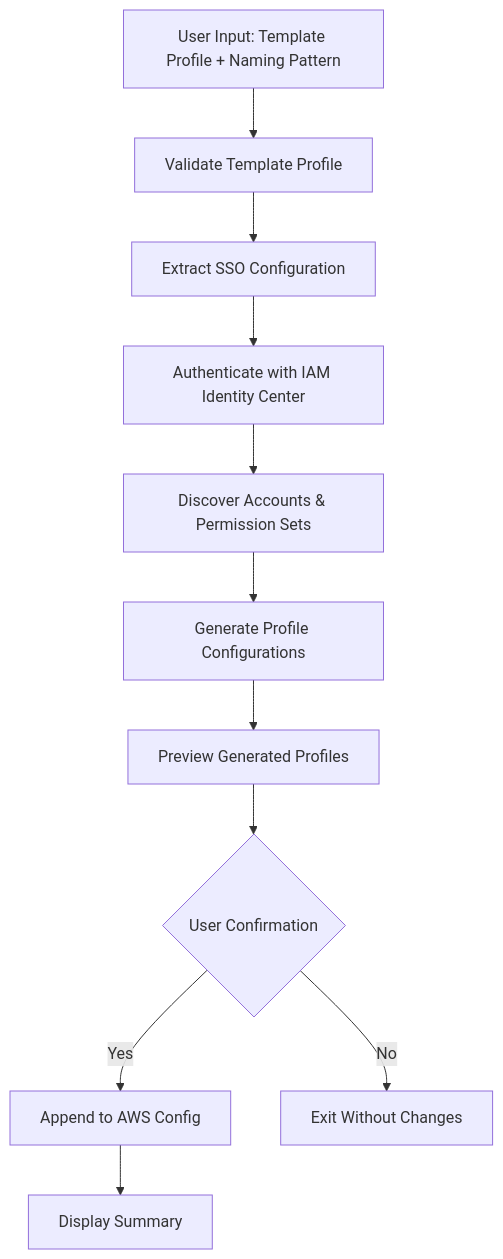
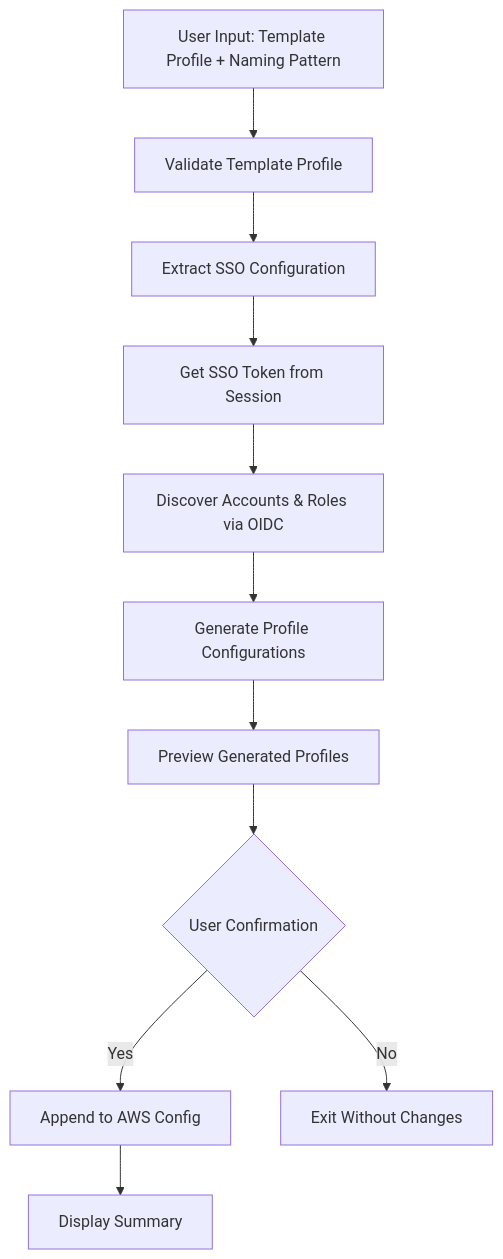
Before and after one commit to ArjenSchwarz/awstools: the diagram in plans/profile-generator/design.md, drawn with Mermaid. The commit also changed other lines of this file and 12 other files, not shown here.

````diff
--- a/plans/profile-generator/design.md
+++ b/plans/profile-generator/design.md
@@ -13,13 +13,13 @@
 ```mermaid
 graph TD
     A[User Input: Template Profile + Naming Pattern] --> B[Validate Template Profile]
     B --> C[Extract SSO Configuration]
-    C --> D[Authenticate with IAM Identity Center]
-    D --> E[Discover Accounts & Permission Sets]
+    C --> D[Get SSO Token from Session]
+    D --> E[Discover Accounts & Roles via OIDC]
     E --> F[Generate Profile Configurations]
     F --> G[Preview Generated Profiles]
     G --> H{User Confirmation}
     H -->|Yes| I[Append to AWS Config]
     H -->|No| J[Exit Without Changes]
     I --> K[Display Summary]
 ```
````
